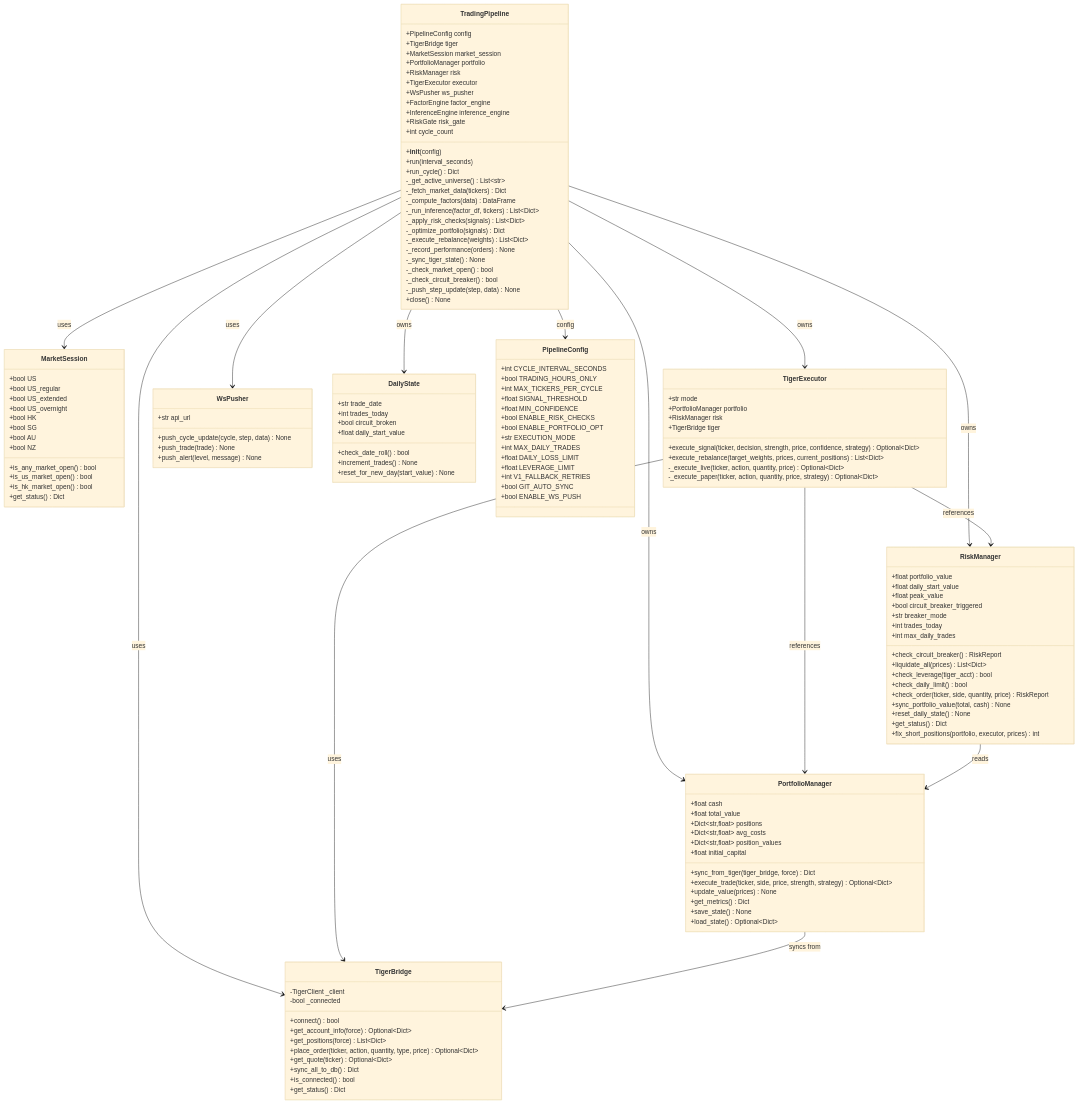
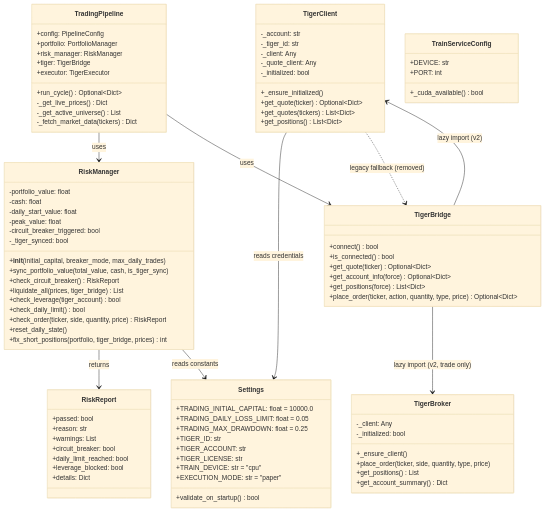
Before and after one commit to AndrewMa1992/quant-ai-trader: the first of 4 diagrams in docs/system_design.md, drawn with Mermaid (base theme). The commit also changed other lines of this file and 73 other files, not shown here.

````diff
--- a/docs/system_design.md
+++ b/docs/system_design.md
@@ -83,153 +127,99 @@
 ```mermaid
 classDiagram
-    class TradingPipeline {
-        +PipelineConfig config
-        +TigerBridge tiger
-        +MarketSession market_session
-        +PortfolioManager portfolio
-        +RiskManager risk
-        +TigerExecutor executor
-        +WsPusher ws_pusher
-        +FactorEngine factor_engine
-        +InferenceEngine inference_engine
-        +RiskGate risk_gate
-        +int cycle_count
-        +__init__(config)
-        +run(interval_seconds)
-        +run_cycle() Dict
-        -_get_active_universe() List~str~
-        -_fetch_market_data(tickers) Dict
-        -_compute_factors(data) DataFrame
-        -_run_inference(factor_df, tickers) List~Dict~
-        -_apply_risk_checks(signals) List~Dict~
-        -_optimize_portfolio(signals) Dict
-        -_execute_rebalance(weights) List~Dict~
-        -_record_performance(orders) None
-        -_sync_tiger_state() None
-        -_check_market_open() bool
-        -_check_circuit_breaker() bool
-        -_push_step_update(step, data) None
-        +close() None
+    class Settings {
+        +TRADING_INITIAL_CAPITAL: float = 10000.0
+        +TRADING_DAILY_LOSS_LIMIT: float = 0.05
+        +TRADING_MAX_DRAWDOWN: float = 0.25
+        +TIGER_ID: str
+        +TIGER_ACCOUNT: str
+        +TIGER_LICENSE: str
+        +TRAIN_DEVICE: str = "cpu"
+        +EXECUTION_MODE: str = "paper"
+        +validate_on_startup() bool
+    }
+
+    class RiskManager {
+        -portfolio_value: float
+        -cash: float
+        -daily_start_value: float
+        -peak_value: float
+        -circuit_breaker_triggered: bool
+        -_tiger_synced: bool
+        +__init__(initial_capital, breaker_mode, max_daily_trades)
+        +sync_portfolio_value(total_value, cash, is_tiger_sync)
+        +check_circuit_breaker() RiskReport
+        +liquidate_all(prices, tiger_bridge) List
+        +check_leverage(tiger_account) bool
+        +check_daily_limit() bool
+        +check_order(ticker, side, quantity, price) RiskReport
+        +reset_daily_state()
+        +fix_short_positions(portfolio, tiger_bridge, prices) int
+    }
+
+    class RiskReport {
+        +passed: bool
+        +reason: str
+        +warnings: List
+        +circuit_breaker: bool
+        +daily_limit_reached: bool
+        +leverage_blocked: bool
+        +details: Dict
+    }
+
+    class TigerClient {
+        -_account: str
+        -_tiger_id: str
+        -_client: Any
+        -_quote_client: Any
+        -_initialized: bool
+        +_ensure_initialized()
+        +get_quote(ticker) Optional~Dict~
+        +get_quotes(tickers) List~Dict~
+        +get_positions() List~Dict~
     }
 
     class TigerBridge {
-        -TigerClient _client
-        -bool _connected
         +connect() bool
+        +is_connected() bool
+        +get_quote(ticker) Optional~Dict~
         +get_account_info(force) Optional~Dict~
         +get_positions(force) List~Dict~
         +place_order(ticker, action, quantity, type, price) Optional~Dict~
-        +get_quote(ticker) Optional~Dict~
-        +sync_all_to_db() Dict
-        +is_connected() bool
-        +get_status() Dict
     }
 
-    class MarketSession {
-        +bool US
-        +bool US_regular
-        +bool US_extended
-        +bool US_overnight
-        +bool HK
-        +bool SG
-        +bool AU
-        +bool NZ
-        +is_any_market_open() bool
-        +is_us_market_open() bool
-        +is_hk_market_open() bool
-        +get_status() Dict
+    class TigerBroker {
+        -_client: Any
+        -_initialized: bool
+        +_ensure_client()
+        +place_order(ticker, side, quantity, type, price)
+        +get_positions() List
+        +get_account_summary() Dict
     }
 
-    class PortfolioManager {
-        +float cash
-        +float total_value
-        +Dict~str,float~ positions
-        +Dict~str,float~ avg_costs
-        +Dict~str,float~ position_values
-        +float initial_capital
-        +sync_from_tiger(tiger_bridge, force) Dict
-        +execute_trade(ticker, side, price, strength, strategy) Optional~Dict~
-        +update_value(prices) None
-        +get_metrics() Dict
-        +save_state() None
-        +load_state() Optional~Dict~
+    class TradingPipeline {
+        +config: PipelineConfig
+        +portfolio: PortfolioManager
+        +risk_manager: RiskManager
+        +tiger: TigerBridge
+        +executor: TigerExecutor
+        +run_cycle() Optional~Dict~
+        -_get_live_prices() Dict
+        -_get_active_universe() List
+        -_fetch_market_data(tickers) Dict
     }
 
-    class RiskManager {
-        +float portfolio_value
-        +float daily_start_value
-        +float peak_value
-        +bool circuit_breaker_triggered
-        +str breaker_mode
-        +int trades_today
-        +int max_daily_trades
-        +check_circuit_breaker() RiskReport
-        +liquidate_all(prices) List~Dict~
-        +check_leverage(tiger_acct) bool
-        +check_daily_limit() bool
-        +check_order(ticker, side, quantity, price) RiskReport
-        +sync_portfolio_value(total, cash) None
-        +reset_daily_state() None
-        +get_status() Dict
-        +fix_short_positions(portfolio, executor, prices) int
+    class TrainServiceConfig {
+        +DEVICE: str
+        +PORT: int
+        +_cuda_available() bool
     }
 
-    class TigerExecutor {
-        +str mode
-        +PortfolioManager portfolio
-        +RiskManager risk
-        +TigerBridge tiger
-        +execute_signal(ticker, decision, strength, price, confidence, strategy) Optional~Dict~
-        +execute_rebalance(target_weights, prices, current_positions) List~Dict~
-        -_execute_live(ticker, action, quantity, price) Optional~Dict~
-        -_execute_paper(ticker, action, quantity, price, strategy) Optional~Dict~
-    }
-
-    class WsPusher {
-        +str api_url
-        +push_cycle_update(cycle, step, data) None
-        +push_trade(trade) None
-        +push_alert(level, message) None
-    }
-
-    class DailyState {
-        +str trade_date
-        +int trades_today
-        +bool circuit_broken
-        +float daily_start_value
-        +check_date_roll() bool
-        +increment_trades() None
-        +reset_for_new_day(start_value) None
-    }
-
-    class PipelineConfig {
-        +int CYCLE_INTERVAL_SECONDS
-        +bool TRADING_HOURS_ONLY
-        +int MAX_TICKERS_PER_CYCLE
-        +float SIGNAL_THRESHOLD
-        +float MIN_CONFIDENCE
-        +bool ENABLE_RISK_CHECKS
-        +bool ENABLE_PORTFOLIO_OPT
-        +str EXECUTION_MODE
-        +int MAX_DAILY_TRADES
-        +float DAILY_LOSS_LIMIT
-        +float LEVERAGE_LIMIT
-        +int V1_FALLBACK_RETRIES
-        +bool GIT_AUTO_SYNC
-        +bool ENABLE_WS_PUSH
-    }
-
+    TradingPipeline --> RiskManager : uses
     TradingPipeline --> TigerBridge : uses
-    TradingPipeline --> MarketSession : uses
-    TradingPipeline --> PortfolioManager : owns
-    TradingPipeline --> RiskManager : owns
-    TradingPipeline --> TigerExecutor : owns
-    TradingPipeline --> WsPusher : uses
-    TradingPipeline --> DailyState : owns
-    TradingPipeline --> PipelineConfig : config
-    TigerExecutor --> TigerBridge : uses
-    TigerExecutor --> PortfolioManager : references
-    TigerExecutor --> RiskManager : references
-    RiskManager --> PortfolioManager : reads
-    PortfolioManager --> TigerBridge : syncs from
+    TigerBridge --> TigerClient : lazy import (v2)
+    TigerBridge --> TigerBroker : lazy import (v2, trade only)
+    RiskManager --> RiskReport : returns
+    RiskManager --> Settings : reads constants
+    TigerClient --> Settings : reads credentials
+    TigerClient ..> TigerBridge : legacy fallback (removed)
 ```
````
